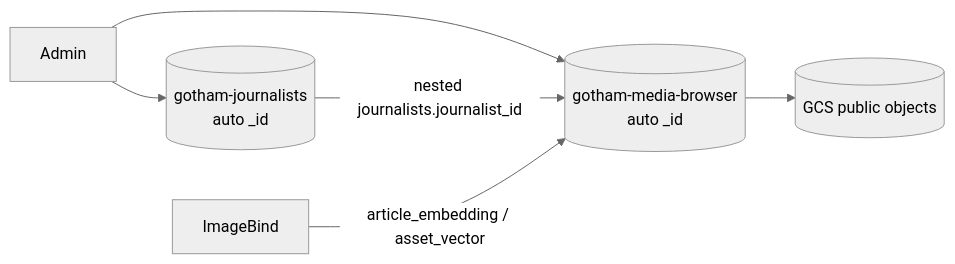
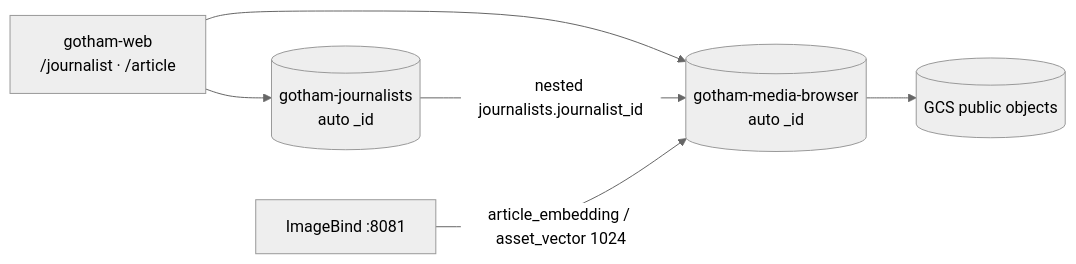
The second of 3 diagrams in docs/elasticsearch-denormalized-diagram.md (bigfito/gotham-media-browser), drawn with Mermaid (neutral theme) before and after one commit. The commit also changed other lines of this file and 15 other files, not shown here.

First line of the commit message:
Sync design artifacts and publish end-to-end architecture

````diff
--- a/docs/elasticsearch-denormalized-diagram.md
+++ b/docs/elasticsearch-denormalized-diagram.md
@@ -30,8 +31,8 @@
 ```mermaid
 flowchart LR
-  Admin --> JI[(gotham-journalists<br/>auto _id)]
-  Admin --> AI[(gotham-media-browser<br/>auto _id)]
+  WEB[gotham-web<br/>/journalist · /article] --> JI[(gotham-journalists<br/>auto _id)]
+  WEB --> AI[(gotham-media-browser<br/>auto _id)]
   JI -->|nested journalists.journalist_id| AI
   AI --> GCS[(GCS public objects)]
-  IB[ImageBind] -->|article_embedding / asset_vector| AI
+  IB[ImageBind :8081] -->|article_embedding / asset_vector 1024| AI
 ```
````
